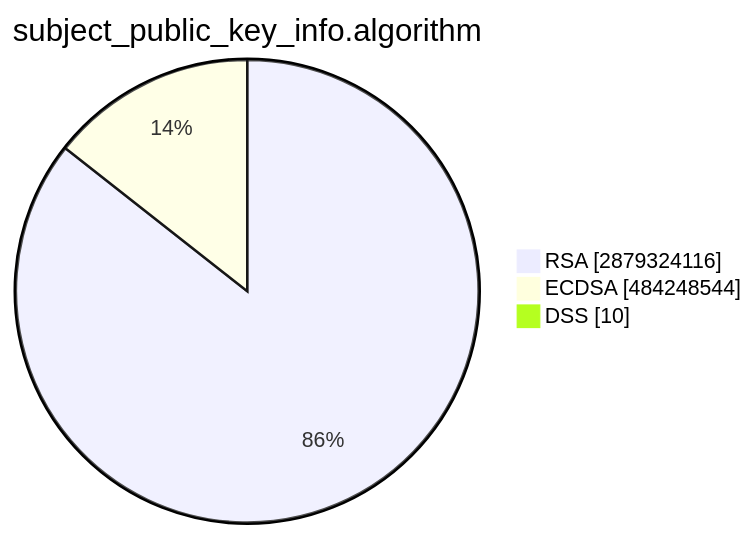
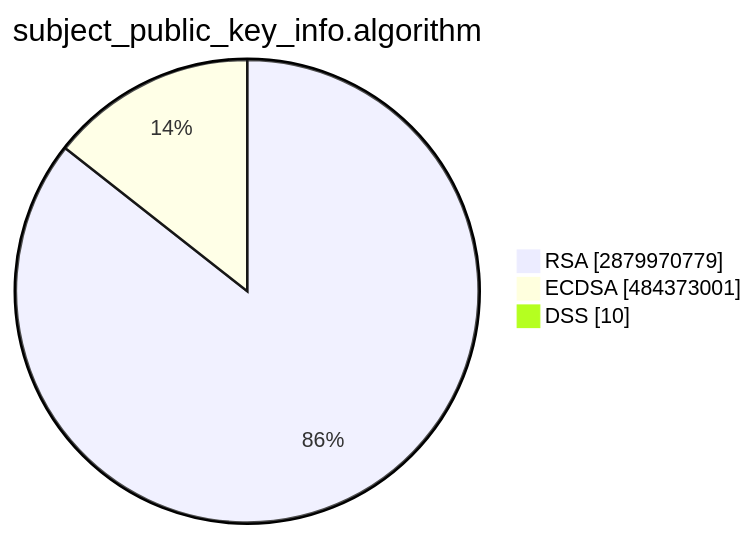
Before and after one commit to christiankrug/ctmonitor_visualization: the second of 15 diagrams in TOTAL/README.md, drawn with Mermaid. The commit also changed other lines of this file, not shown here.

````diff
--- a/TOTAL/README.md
+++ b/TOTAL/README.md
@@ -6,7 +6,7 @@
 ```mermaid
 pie showData
 title subject_public_key_info.algorithm
-"RSA" :2879324116
-"ECDSA" :484248544
+"RSA" :2879970779
+"ECDSA" :484373001
 "DSS" :10
 ```
````
